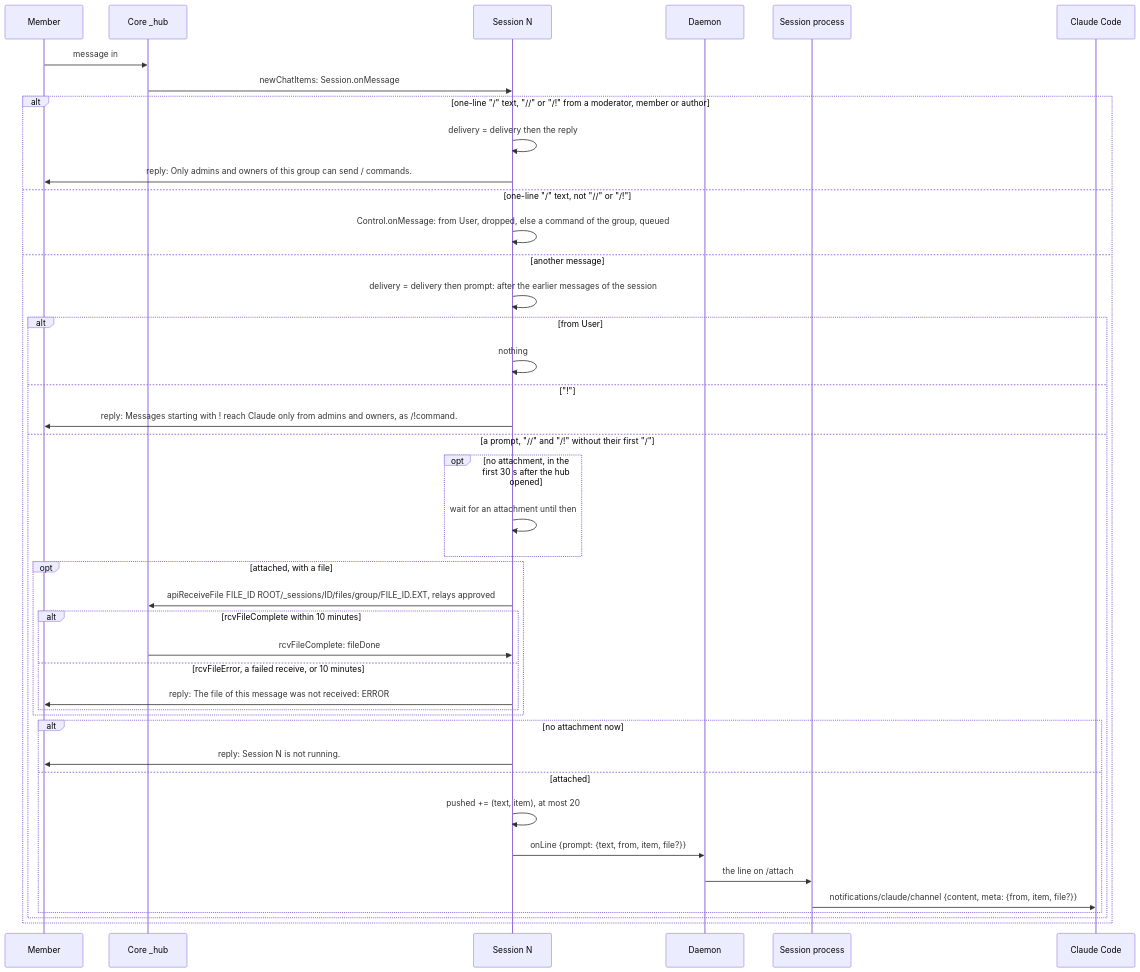
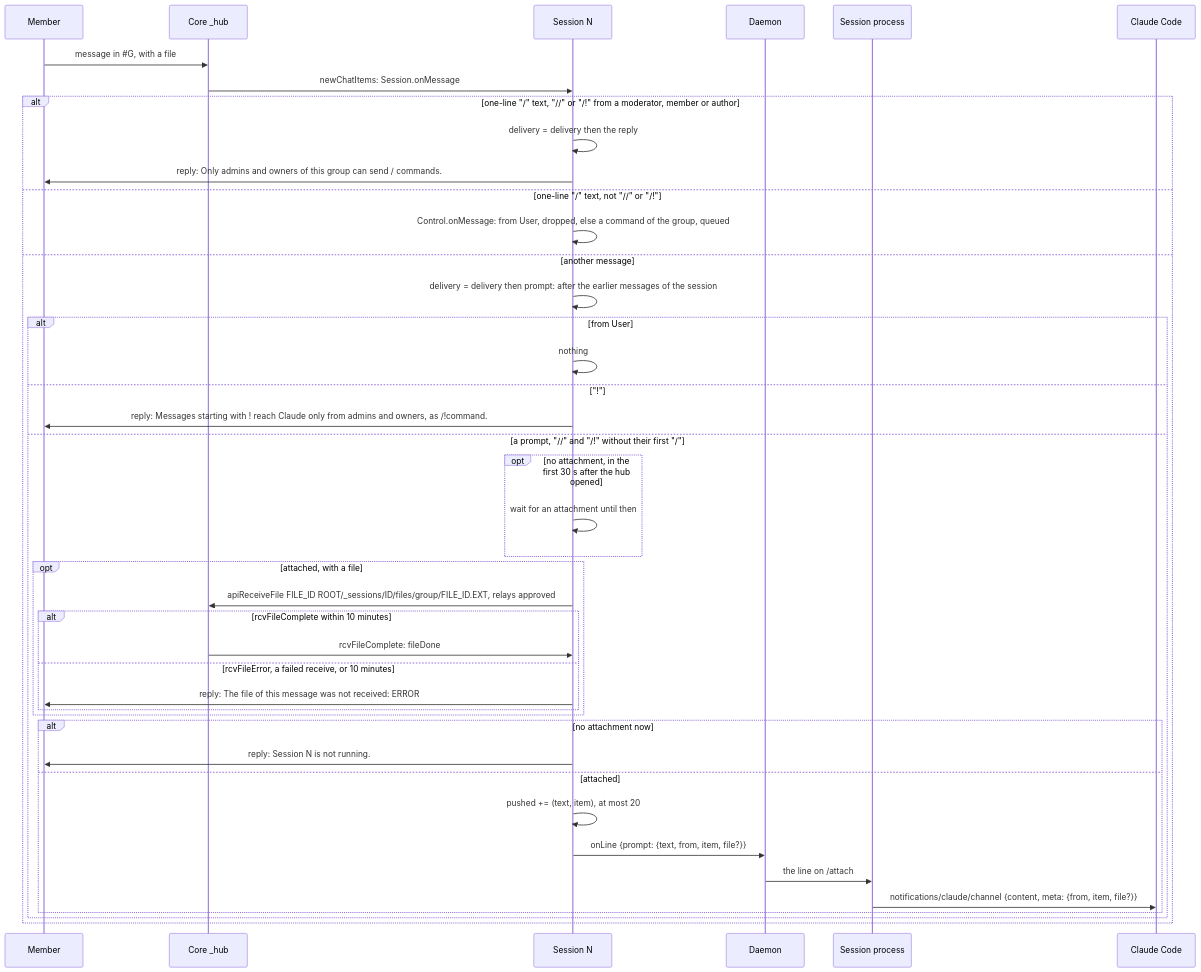
Before and after one commit to simplex-chat/simplex-chat: diagram 20 of 30 in packages/simplex-chat-mcp/spec/flows.md, drawn with Mermaid. The commit also changed other lines of this file and 1 other file, not shown here.

First line of the commit message:
mcp: spec diagrams render whole on GitHub

````diff
--- a/packages/simplex-chat-mcp/spec/flows.md
+++ b/packages/simplex-chat-mcp/spec/flows.md
@@ -894,44 +894,44 @@
 ```mermaid
 sequenceDiagram
   participant O as Member
   participant C as Core _hub
   participant N as Session N
   participant D as Daemon
   participant S as Session process
   participant CC as Claude Code
-  O->>C: message in #G, with a file
+  O->>C: message in #35;G, with a file
   C->>N: newChatItems: Session.onMessage
   alt one-line "/" text, "//" or "/!" from a moderator, member or author
     N->>N: delivery = delivery then the reply
     N->>O: reply: Only admins and owners of this group can send / commands.
   else one-line "/" text, not "//" or "/!"
     N->>N: Control.onMessage: from User, dropped, else a command of the group, queued
   else another message
     N->>N: delivery = delivery then prompt: after the earlier messages of the session
     alt from User
       N->>N: nothing
     else "!"
       N->>O: reply: Messages starting with ! reach Claude only from admins and owners, as /!command.
     else a prompt, "//" and "/!" without their first "/"
       opt no attachment, in the first 30 s after the hub opened
         N->>N: wait for an attachment until then
       end
       opt attached, with a file
         N->>C: apiReceiveFile FILE_ID ROOT/_sessions/ID/files/group/FILE_ID.EXT, relays approved
         alt rcvFileComplete within 10 minutes
           C->>N: rcvFileComplete: fileDone
         else rcvFileError, a failed receive, or 10 minutes
           N->>O: reply: The file of this message was not received: ERROR
         end
       end
       alt no attachment now
         N->>O: reply: Session N is not running.
       else attached
         N->>N: pushed += (text, item), at most 20
         N->>D: onLine {prompt: {text, from, item, file?}}
         D->>S: the line on /attach
         S->>CC: notifications/claude/channel {content, meta: {from, item, file?}}
       end
     end
   end
 ```
````
